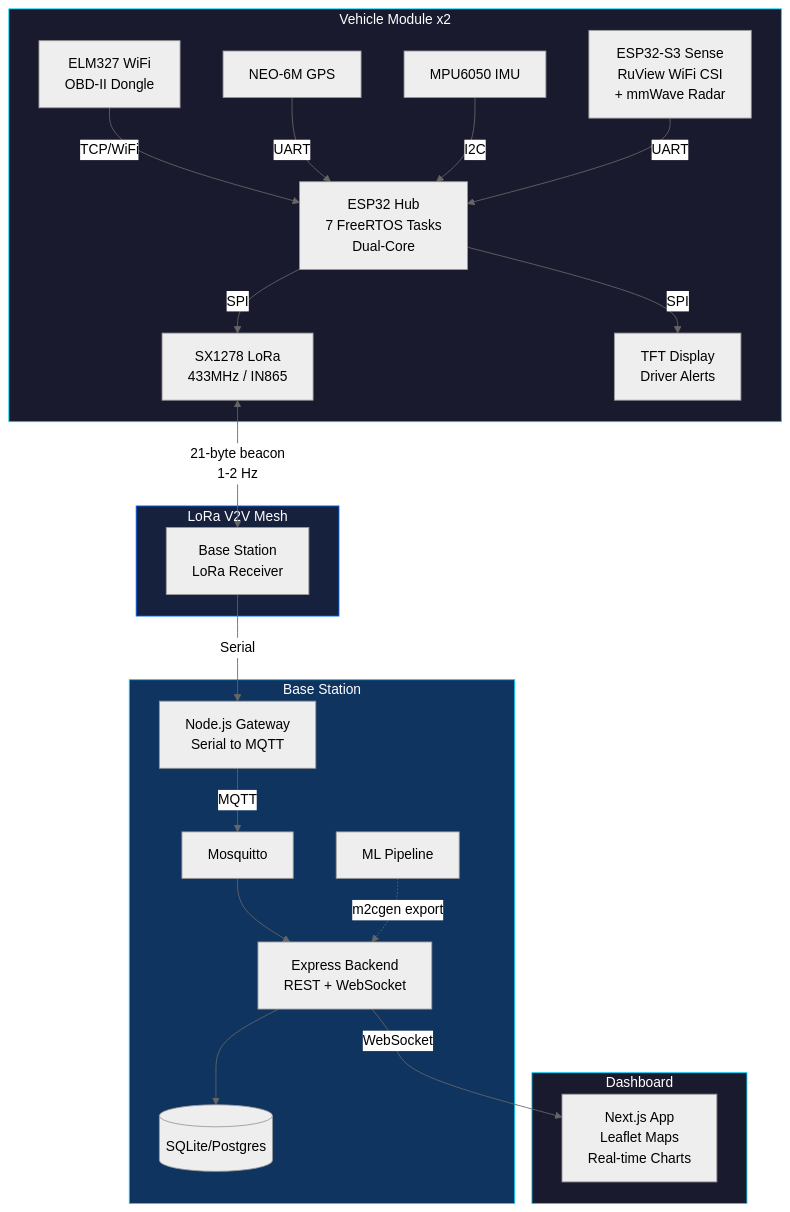
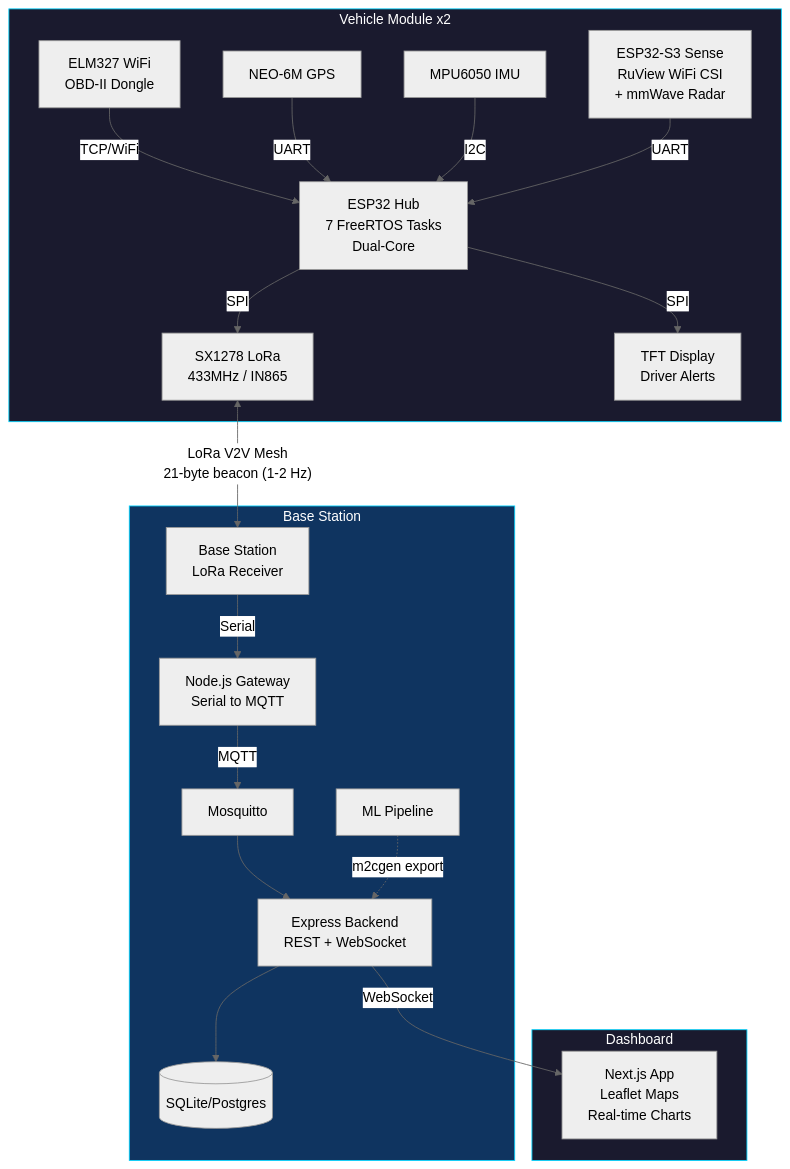
The first of 2 diagrams in README.md (Paramveersingh-S/Cortexion), drawn with Mermaid (neutral theme) before and after one commit.

Commit message:
docs: Fix mermaid architecture diagram rendering issue

````diff
--- a/README.md
+++ b/README.md
@@ -44,32 +44,31 @@
 ```mermaid
 graph TB
     subgraph VEH["Vehicle Module x2"]
         ELM["ELM327 WiFi<br>OBD-II Dongle"] -->|TCP/WiFi| HUB["ESP32 Hub<br>7 FreeRTOS Tasks<br>Dual-Core"]
         GPS["NEO-6M GPS"] -->|UART| HUB
         IMU["MPU6050 IMU"] -->|I2C| HUB
         SENSE["ESP32-S3 Sense<br>RuView WiFi CSI<br>+ mmWave Radar"] -->|UART| HUB
         HUB -->|SPI| LORA["SX1278 LoRa<br>433MHz / IN865"]
         HUB -->|SPI| TFT["TFT Display<br>Driver Alerts"]
     end
 
-    subgraph MESH["LoRa V2V Mesh"]
-        LORA <-->|"21-byte beacon<br>1-2 Hz"| BASE["Base Station<br>LoRa Receiver"]
-    end
+    LORA <-->|"LoRa V2V Mesh<br>21-byte beacon (1-2 Hz)"| BASE
 
     subgraph SERVER["Base Station"]
-        BASE -->|Serial| GW["Node.js Gateway<br>Serial to MQTT"]
+        BASE["Base Station<br>LoRa Receiver"] -->|Serial| GW["Node.js Gateway<br>Serial to MQTT"]
         GW -->|MQTT| BROKER["Mosquitto"]
         BROKER --> BE["Express Backend<br>REST + WebSocket"]
         BE --> DB[("SQLite/Postgres")]
         ML["ML Pipeline"] -.->|"m2cgen export"| BE
     end
 
     subgraph DASH["Dashboard"]
-        BE -->|WebSocket| WEB["Next.js App<br>Leaflet Maps<br>Real-time Charts"]
+        WEB["Next.js App<br>Leaflet Maps<br>Real-time Charts"]
     end
+    
+    BE -->|WebSocket| WEB
 
     style VEH fill:#1a1a2e,stroke:#00d4ff,color:#fff
-    style MESH fill:#16213e,stroke:#0066ff,color:#fff
     style SERVER fill:#0f3460,stroke:#00d4ff,color:#fff
     style DASH fill:#1a1a2e,stroke:#00d4ff,color:#fff
 ```
````
